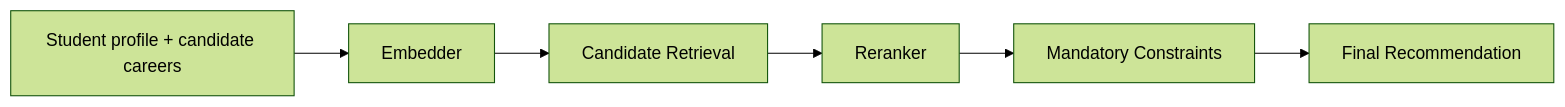
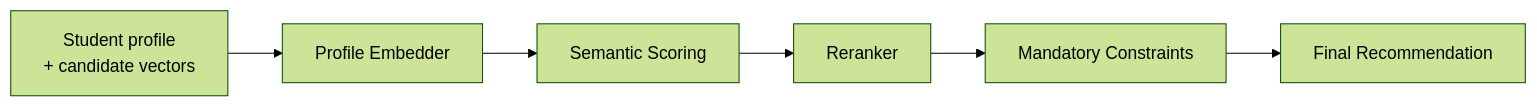
One commit to Masar-SCU/Masar changed the second of 3 diagrams in docs/06-ai-engines.md. Above: the diagram before and after it, drawn with Mermaid (forest theme). The commit also changed other lines of this file and 26 other files, not shown here.

First line of the commit message:
docs: master specification revision for atomic roadmap and defect fixes

````diff
--- a/docs/06-ai-engines.md
+++ b/docs/06-ai-engines.md
@@ -128,8 +80,8 @@
 ```mermaid
 flowchart LR
-    P[Student profile + candidate careers] --> E[Embedder]
-    E --> C[Candidate Retrieval]
-    C --> R[Reranker]
-    R --> K[Mandatory Constraints]
-    K --> F[Final Recommendation]
+    P["Student profile<br/>+ candidate vectors"] --> E["Profile Embedder"]
+    E --> C["Semantic Scoring"]
+    C --> R["Reranker"]
+    R --> K["Mandatory Constraints"]
+    K --> F["Final Recommendation"]
 ```
````
